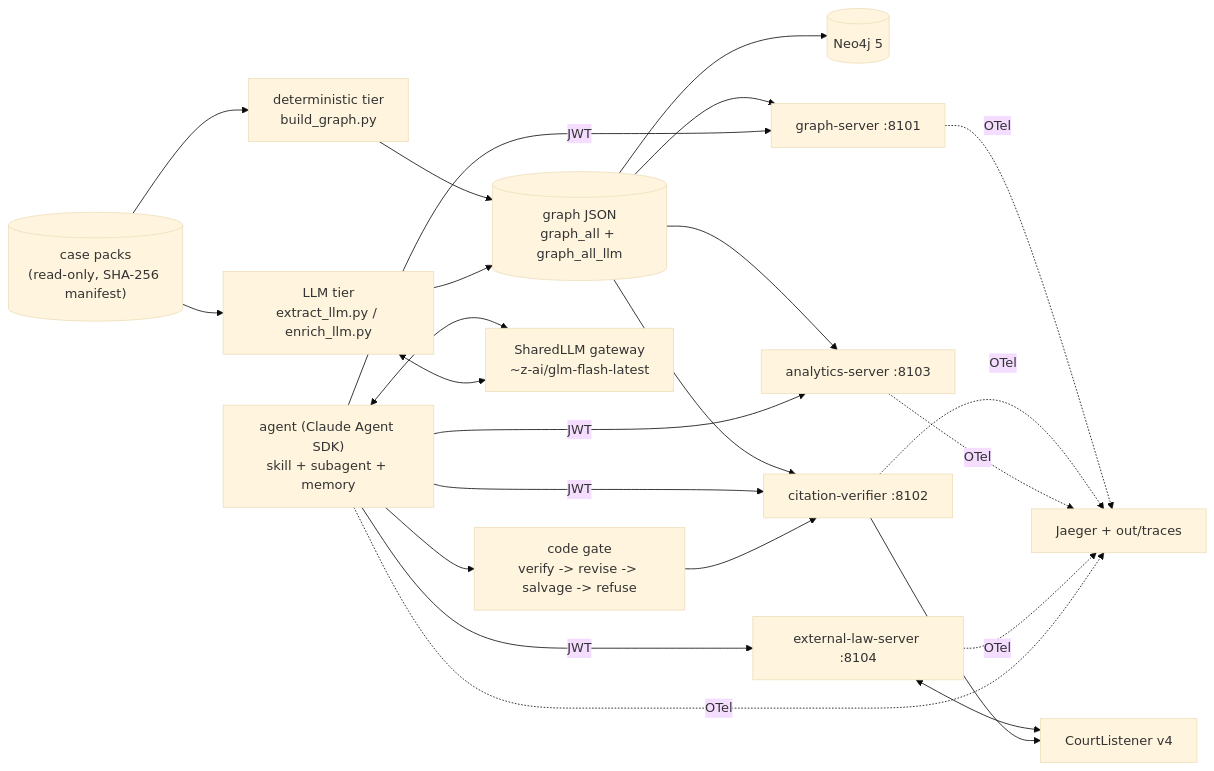
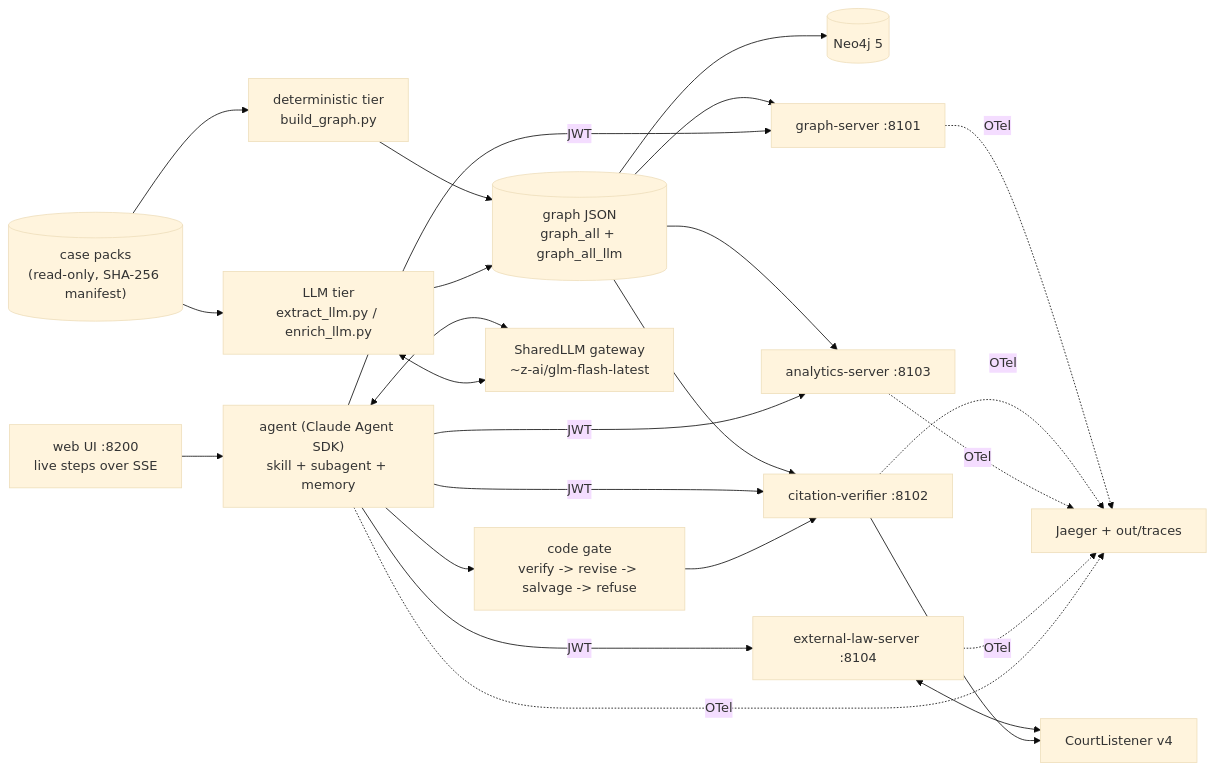
The diagram in docs/architecture.md (bhargavlukka/lisa-legal-kg), drawn with Mermaid (base theme) before and after one commit. The commit also changed other lines of this file and 13 other files, not shown here.

````diff
--- a/docs/architecture.md
+++ b/docs/architecture.md
@@ -8,16 +8,17 @@
 ```mermaid
 flowchart LR
   DATA[("case packs<br/>(read-only, SHA-256 manifest)")] --> DET["deterministic tier<br/>build_graph.py"]
   DATA --> LLMX["LLM tier<br/>extract_llm.py / enrich_llm.py"]
   DET --> GJ[("graph JSON<br/>graph_all + graph_all_llm")]
   LLMX --> GJ
   GJ --> NEO[("Neo4j 5")]
   GJ --> G["graph-server :8101"] & V["citation-verifier :8102"] & A["analytics-server :8103"]
   X["external-law-server :8104"] <--> CL["CourtListener v4"]
   V --> CL
+  UI["web UI :8200<br/>live steps over SSE"] --> AG
   AG["agent (Claude Agent SDK)<br/>skill + subagent + memory"] -->|JWT| G & V & A & X
   AG --> GATE["code gate<br/>verify -> revise -> salvage -> refuse"] --> V
   AG <--> LLM["SharedLLM gateway<br/>~z-ai/glm-flash-latest"]
   LLMX <--> LLM
   G & V & A & X & AG -. OTel .-> J["Jaeger + out/traces"]
 ```
````
